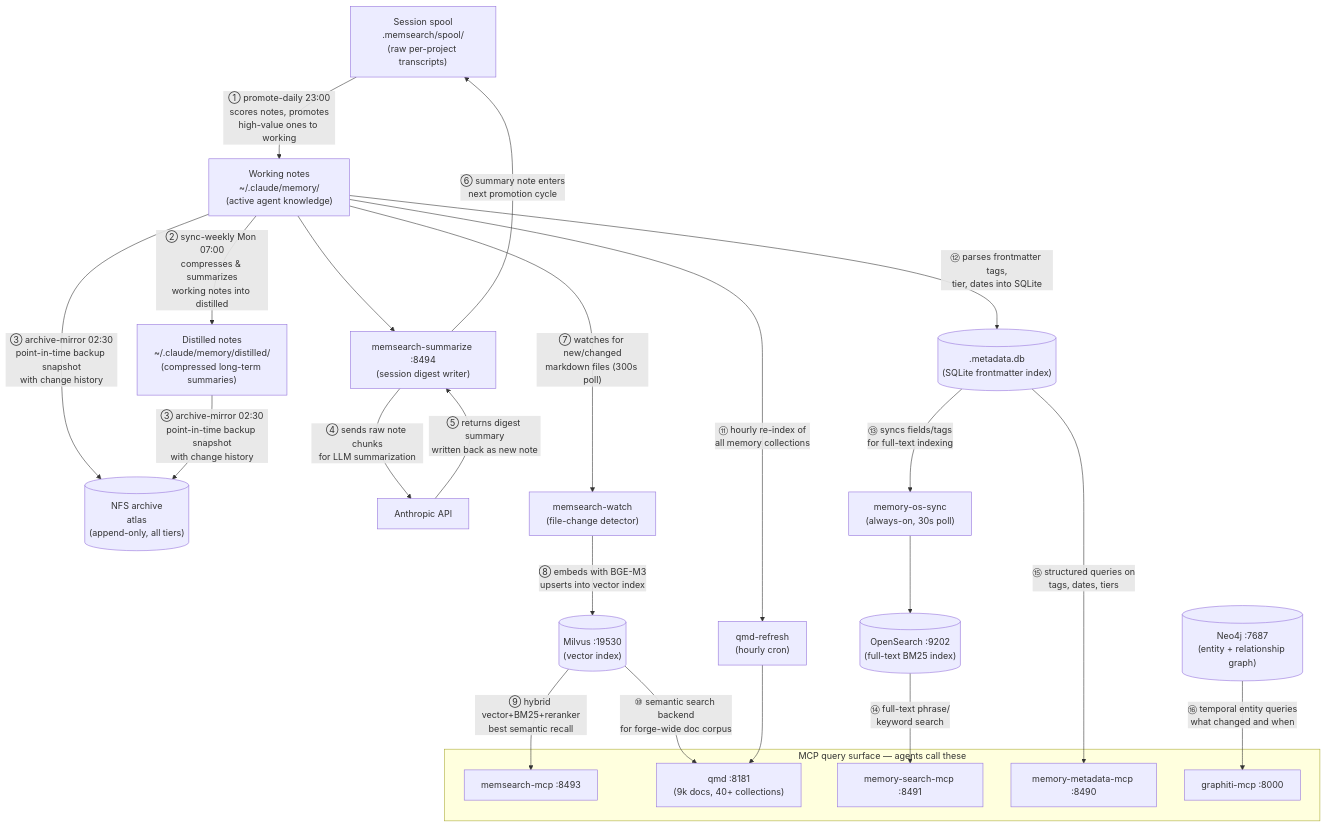
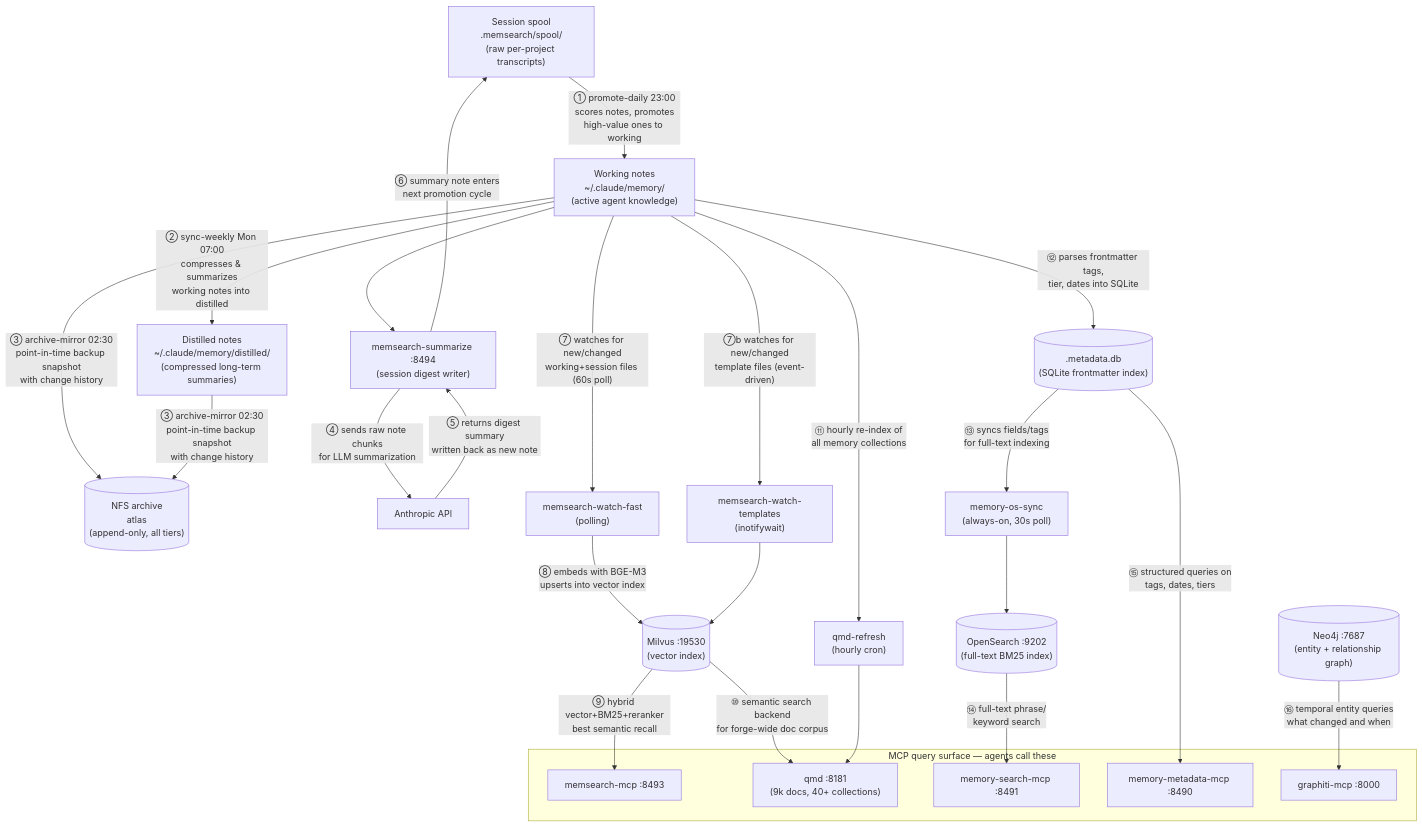
The fifth of 5 diagrams in docs/components/memory/memory-architecture.md (TadMSTR/homelab-agent), drawn with Mermaid before and after one commit. The commit also changed other lines of this file and 10 other files, not shown here.

First line of the commit message:
docs: doc-health sweep — memsearch-watch split, new/stale cron docs

````diff
--- a/docs/components/memory/memory-architecture.md
+++ b/docs/components/memory/memory-architecture.md
@@ -146,39 +148,41 @@
 ```mermaid
 flowchart TD
     spool["Session spool\n.memsearch/spool/\n(raw per-project transcripts)"]
     working["Working notes\n~/.claude/memory/\n(active agent knowledge)"]
     distilled["Distilled notes\n~/.claude/memory/distilled/\n(compressed long-term summaries)"]
     nfs[("NFS archive\natlas\n(append-only, all tiers)")]
 
     spool -- "① promote-daily 23:00\nscores notes, promotes\nhigh-value ones to working" --> working
     working -- "② sync-weekly Mon 07:00\ncompresses & summarizes\nworking notes into distilled" --> distilled
     working & distilled -- "③ archive-mirror 02:30\npoint-in-time backup snapshot\nwith change history" --> nfs
 
     working --> summarize["memsearch-summarize :8494\n(session digest writer)"]
     summarize -- "④ sends raw note chunks\nfor LLM summarization" --> anthropic["Anthropic API"]
     anthropic -- "⑤ returns digest summary\nwritten back as new note" --> summarize
     summarize -- "⑥ summary note enters\nnext promotion cycle" --> spool
 
-    working -- "⑦ watches for new/changed\nmarkdown files (300s poll)" --> watch["memsearch-watch\n(file-change detector)"]
+    working -- "⑦ watches for new/changed\nworking+session files (60s poll)" --> watch["memsearch-watch-fast\n(polling)"]
+    working -- "⑦b watches for new/changed\ntemplate files (event-driven)" --> watch_tmpl["memsearch-watch-templates\n(inotifywait)"]
     watch -- "⑧ embeds with BGE-M3\nupserts into vector index" --> milvus[("Milvus :19530\n(vector index)")]
+    watch_tmpl --> milvus
     milvus -- "⑨ hybrid vector+BM25+reranker\nbest semantic recall" --> memsearch_mcp["memsearch-mcp :8493"]
     milvus -- "⑩ semantic search backend\nfor forge-wide doc corpus" --> qmd["qmd :8181\n(9k docs, 40+ collections)"]
     working -- "⑪ hourly re-index of\nall memory collections" --> qr["qmd-refresh\n(hourly cron)"]
     qr --> qmd
 
     working -- "⑫ parses frontmatter tags,\ntier, dates into SQLite" --> metadb[(".metadata.db\n(SQLite frontmatter index)")]
     metadb -- "⑬ syncs fields/tags\nfor full-text indexing" --> os_sync["memory-os-sync\n(always-on, 30s poll)"]
     os_sync --> opensearch[("OpenSearch :9202\n(full-text BM25 index)")]
     opensearch -- "⑭ full-text phrase/\nkeyword search" --> search_mcp["memory-search-mcp :8491"]
     metadb -- "⑮ structured queries on\ntags, dates, tiers" --> meta_mcp["memory-metadata-mcp :8490"]
 
     neo4j[("Neo4j :7687\n(entity + relationship graph)")] -- "⑯ temporal entity queries\nwhat changed and when" --> graphiti_mcp["graphiti-mcp :8000"]
 
     subgraph "MCP query surface — agents call these"
         memsearch_mcp
         qmd
         meta_mcp
         search_mcp
         graphiti_mcp
     end
 ```
````
